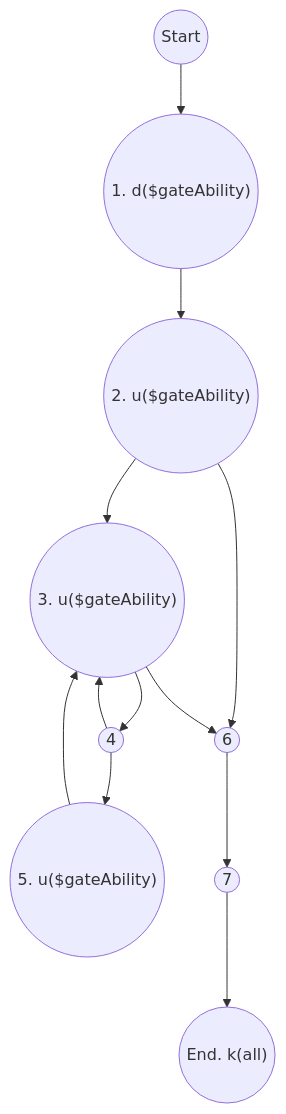
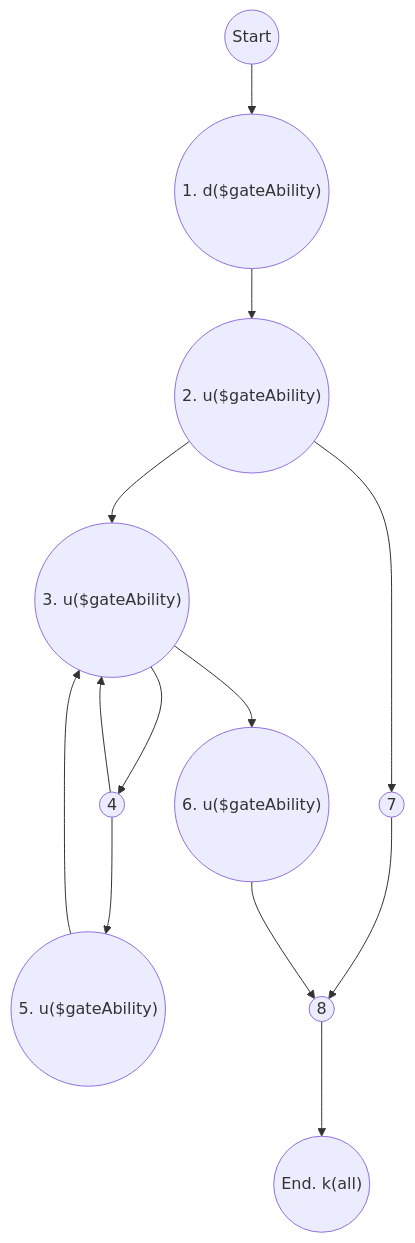
Before and after one commit to tienminhvy/ghnotes: the second of 4 diagrams in _posts/2023-11-29-KTPM.md, drawn with Mermaid. The commit also changed other lines of this file, not shown here.

````diff
--- a/_posts/2023-11-29-KTPM.md
+++ b/_posts/2023-11-29-KTPM.md
@@ -127,18 +127,20 @@
 ```mermaid
 flowchart TD
 p0(("Start"))
 p1(("1. d($gateAbility)"))
 p2(("2. u($gateAbility)"))
 p3(("3. u($gateAbility)"))
 p4(("4"))
 p5(("5. u($gateAbility)"))
-p6(("6"))
+p6(("6. u($gateAbility)"))
 p7(("7"))
+p8(("8"))
 pe(("End. k(all)"))
 p0-->p1-->p2-->p3-->p4-->p5
-p6-->p7-->pe
-p2-->p6
+p2-->p7
 p4-->p3
 p5-->p3
 p3-->p6
+p7-->p8-->pe
+p6-->p8
 ```
````
